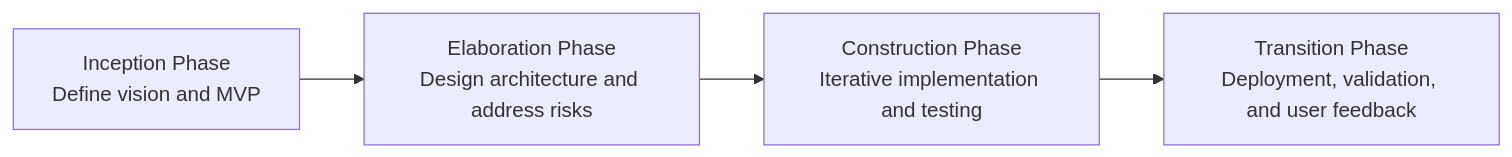
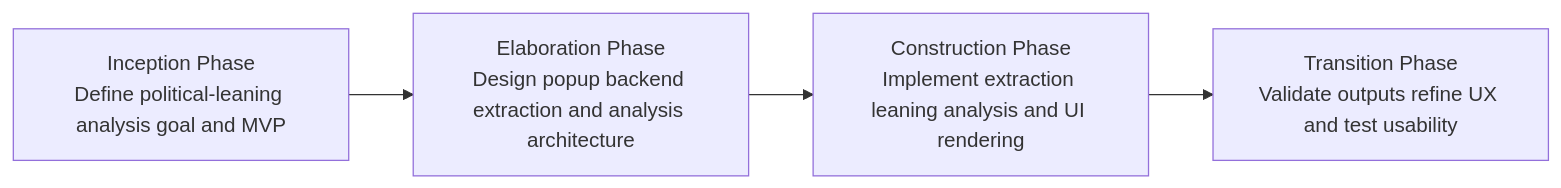
Before and after one commit to FastMartini/Veritas: the second of 9 diagrams in docs/README.md, drawn with Mermaid. The commit also changed other lines of this file, not shown here.

Commit message:
Revise README to reflect political leaning analysis focus

````diff
--- a/docs/README.md
+++ b/docs/README.md
@@ -47,7 +40,7 @@
 ```mermaid
 flowchart LR
 
-A[Inception Phase<br>Define vision and MVP] --> B[Elaboration Phase<br>Design architecture and address risks]
-B --> C[Construction Phase<br>Iterative implementation and testing]
-C --> D[Transition Phase<br>Deployment, validation, and user feedback]
+A[Inception Phase<br>Define political-leaning analysis goal and MVP] --> B[Elaboration Phase<br>Design popup backend extraction and analysis architecture]
+B --> C[Construction Phase<br>Implement extraction leaning analysis and UI rendering]
+C --> D[Transition Phase<br>Validate outputs refine UX and test usability]
 ```
````
